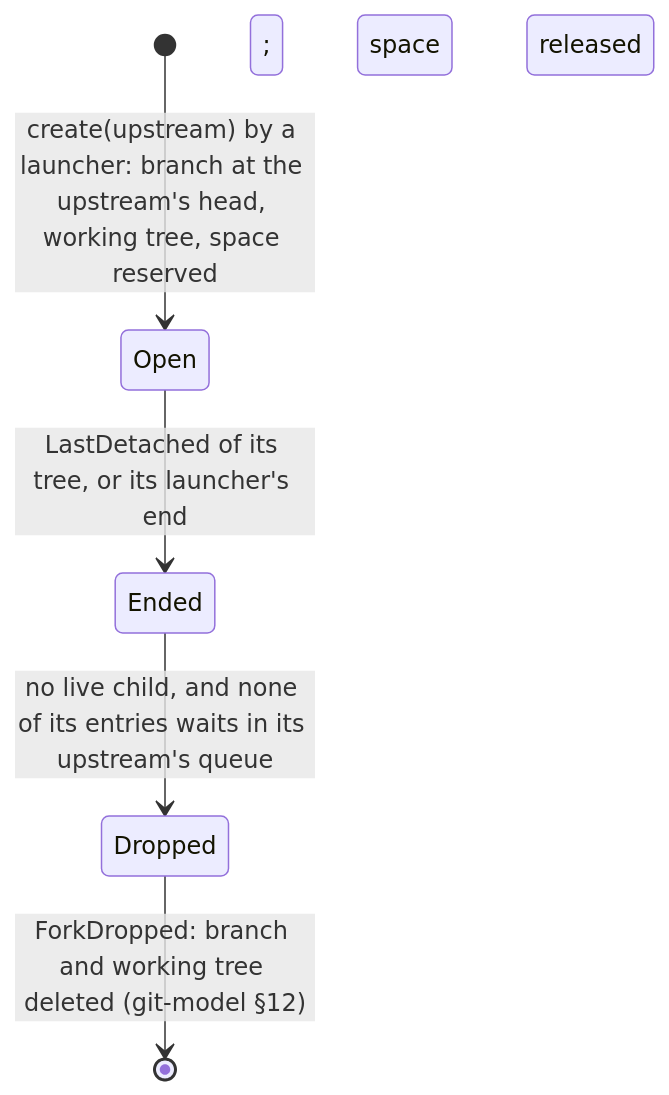
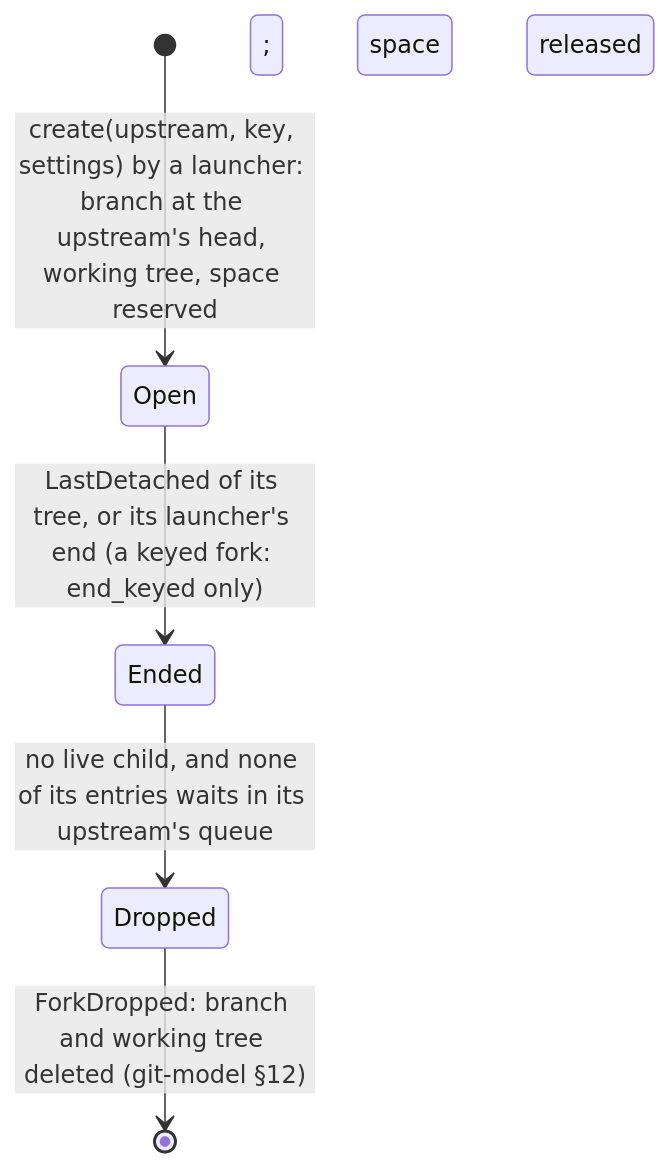
One commit to mcurcio/agentfs changed the diagram in docs/target-architecture/domains/trees.md. Above: the diagram before and after it, drawn with Mermaid. The commit also changed other lines of this file and 6 other files, not shown here.

````diff
--- a/docs/target-architecture/domains/trees.md
+++ b/docs/target-architecture/domains/trees.md
@@ -29,7 +29,7 @@
 ```mermaid
 stateDiagram-v2
-  [*] --> Open: create(upstream) by a launcher: branch at the upstream's head, working tree, space reserved
-  Open --> Ended: LastDetached of its tree, or its launcher's end
+  [*] --> Open: create(upstream, key, settings) by a launcher: branch at the upstream's head, working tree, space reserved
+  Open --> Ended: LastDetached of its tree, or its launcher's end (a keyed fork: end_keyed only)
   Ended --> Dropped: no live child, and none of its entries waits in its upstream's queue
   Dropped --> [*]: ForkDropped: branch and working tree deleted (git-model §12); space released
 ```
````
